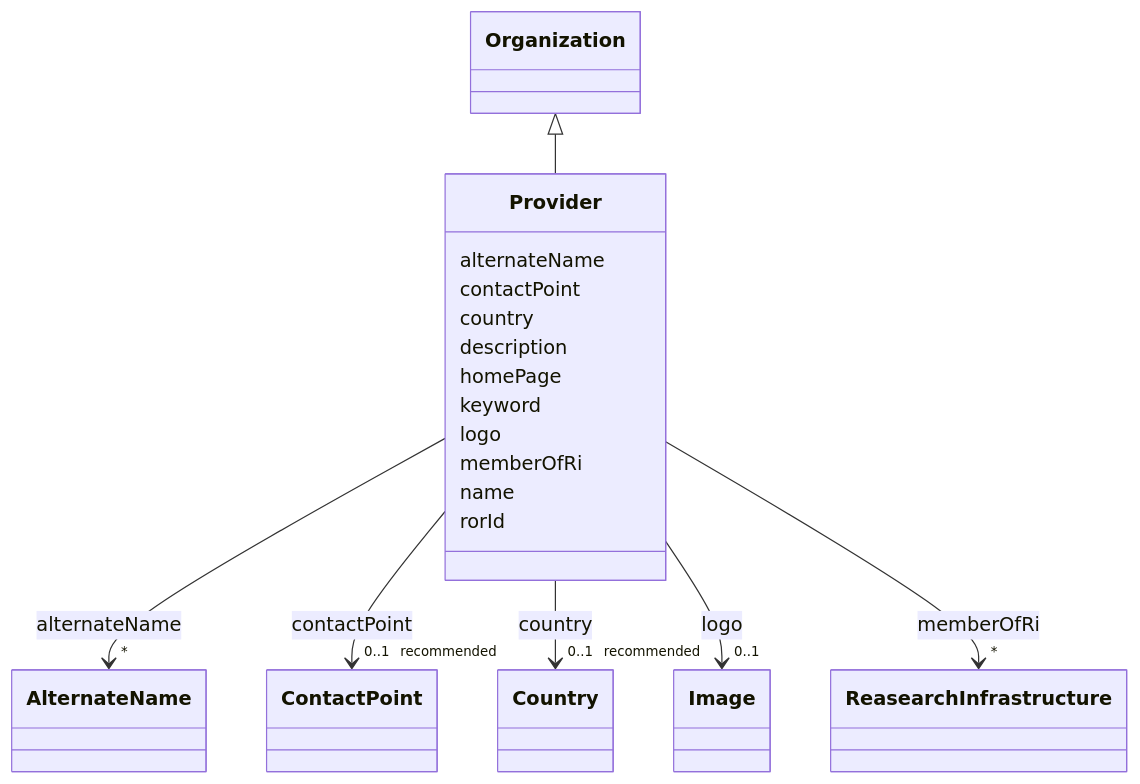
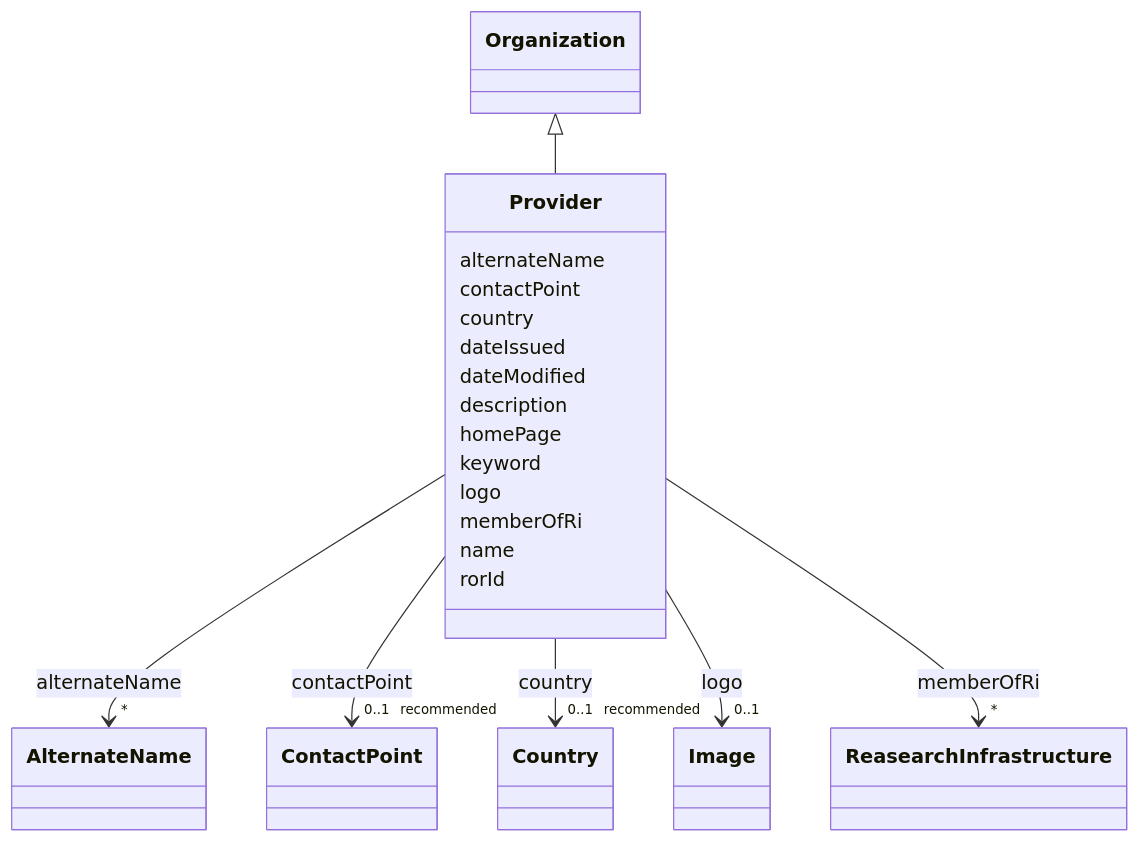
The diagram in models/docs/Provider.md (EVORA-project/evora-ontology), drawn with Mermaid before and after one commit. The commit also changed other lines of this file and 377 other files, not shown here.

````diff
--- a/models/docs/Provider.md
+++ b/models/docs/Provider.md
@@ -19,64 +19,68 @@
 ```mermaid
  classDiagram
     class Provider
     click Provider href "../Provider"
       Organization <|-- Provider
         click Organization href "../Organization"
       
       Provider : alternateName
         
           
     
     
     Provider --> "*" AlternateName : alternateName
     click AlternateName href "../AlternateName"
 
         
       Provider : contactPoint
         
           
     
     
     Provider --> "0..1 _recommended_" ContactPoint : contactPoint
     click ContactPoint href "../ContactPoint"
 
         
       Provider : country
         
           
     
     
     Provider --> "0..1 _recommended_" Country : country
     click Country href "../Country"
 
         
+      Provider : dateIssued
+        
+      Provider : dateModified
+        
       Provider : description
         
       Provider : homePage
         
       Provider : keyword
         
       Provider : logo
         
           
     
     
     Provider --> "0..1" Image : logo
     click Image href "../Image"
 
         
       Provider : memberOfRi
         
           
     
     
     Provider --> "*" ReasearchInfrastructure : memberOfRi
     click ReasearchInfrastructure href "../ReasearchInfrastructure"
 
         
       Provider : name
         
       Provider : rorId
         
       
 ```
````
